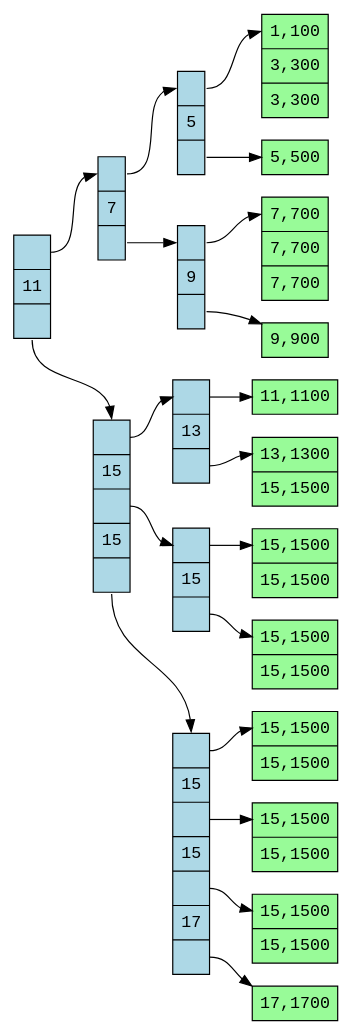
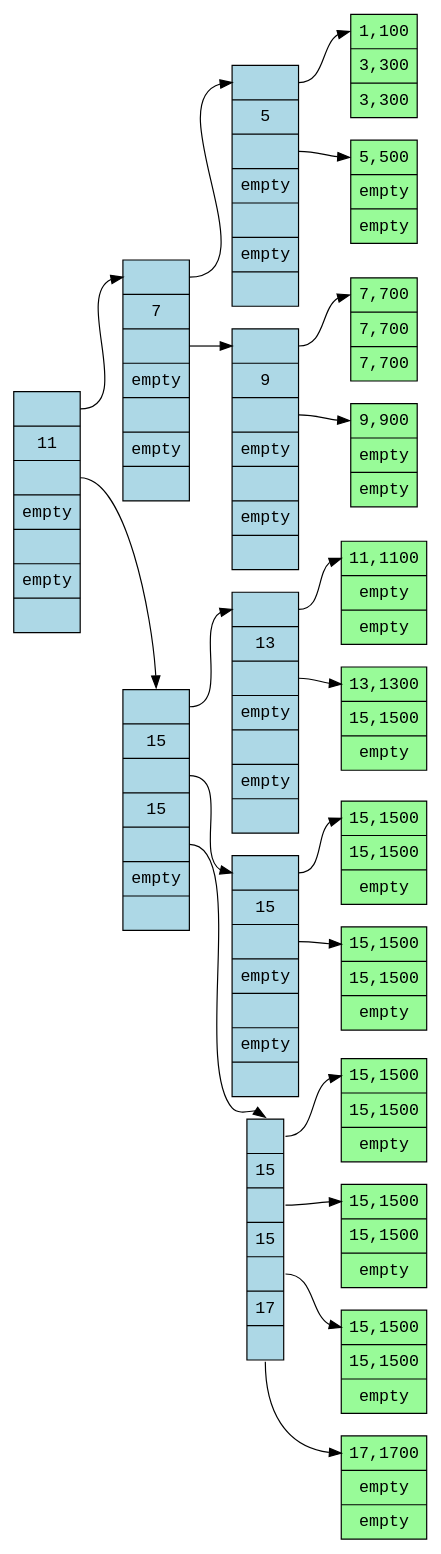
The diagram in libs/btree/doc/bounds_test_multimap.dot (Beman/btree), drawn with Graphviz before and after one commit. The commit also changed 1 other file, not shown here.

```diff
--- a/libs/btree/doc/bounds_test_multimap.dot
+++ b/libs/btree/doc/bounds_test_multimap.dot
@@ -1,44 +1,44 @@
 digraph btree {
 rankdir=LR;
 fontname=Courier;
 node [shape = record,margin=.1,width=.1,height=.1,fontname=Courier,style="filled"];
 page1[label = "<f0> 1,100|3,300|3,300",fillcolor="palegreen"];
-page2[label = "<f0>|5|<f1>",fillcolor="lightblue"];
+page2[label = "<f0>|5|<f1>|empty||empty|",fillcolor="lightblue"];
 "page2":f0 -> "page1":f0;
 "page2":f1 -> "page5":f0;
 page3[label = "<f0> 7,700|7,700|7,700",fillcolor="palegreen"];
-page4[label = "<f0> 13,1300|15,1500",fillcolor="palegreen"];
-page5[label = "<f0> 5,500",fillcolor="palegreen"];
-page6[label = "<f0> 11,1100",fillcolor="palegreen"];
-page7[label = "<f0>|7|<f1>",fillcolor="lightblue"];
+page4[label = "<f0> 13,1300|15,1500|empty",fillcolor="palegreen"];
+page5[label = "<f0> 5,500|empty|empty",fillcolor="palegreen"];
+page6[label = "<f0> 11,1100|empty|empty",fillcolor="palegreen"];
+page7[label = "<f0>|7|<f1>|empty||empty|",fillcolor="lightblue"];
 "page7":f0 -> "page2":f0;
 "page7":f1 -> "page8":f0;
-page8[label = "<f0>|9|<f1>",fillcolor="lightblue"];
+page8[label = "<f0>|9|<f1>|empty||empty|",fillcolor="lightblue"];
 "page8":f0 -> "page3":f0;
 "page8":f1 -> "page9":f0;
-page9[label = "<f0> 9,900",fillcolor="palegreen"];
-page10[label = "<f0> 17,1700",fillcolor="palegreen"];
-page11[label = "<f0>|13|<f1>",fillcolor="lightblue"];
+page9[label = "<f0> 9,900|empty|empty",fillcolor="palegreen"];
+page10[label = "<f0> 17,1700|empty|empty",fillcolor="palegreen"];
+page11[label = "<f0>|13|<f1>|empty||empty|",fillcolor="lightblue"];
 "page11":f0 -> "page6":f0;
 "page11":f1 -> "page4":f0;
-page12[label = "<f0> 15,1500|15,1500",fillcolor="palegreen"];
-page13[label = "<f0> 15,1500|15,1500",fillcolor="palegreen"];
-page14[label = "<f0>|15|<f1>",fillcolor="lightblue"];
+page12[label = "<f0> 15,1500|15,1500|empty",fillcolor="palegreen"];
+page13[label = "<f0> 15,1500|15,1500|empty",fillcolor="palegreen"];
+page14[label = "<f0>|15|<f1>|empty||empty|",fillcolor="lightblue"];
 "page14":f0 -> "page12":f0;
 "page14":f1 -> "page13":f0;
-page15[label = "<f0> 15,1500|15,1500",fillcolor="palegreen"];
-page16[label = "<f0> 15,1500|15,1500",fillcolor="palegreen"];
+page15[label = "<f0> 15,1500|15,1500|empty",fillcolor="palegreen"];
+page16[label = "<f0> 15,1500|15,1500|empty",fillcolor="palegreen"];
 page17[label = "<f0>|15|<f1>|15|<f2>|17|<f3>",fillcolor="lightblue"];
 "page17":f0 -> "page15":f0;
 "page17":f1 -> "page16":f0;
 "page17":f2 -> "page20":f0;
 "page17":f3 -> "page10":f0;
-page18[label = "<f0>|11|<f1>",fillcolor="lightblue"];
+page18[label = "<f0>|11|<f1>|empty||empty|",fillcolor="lightblue"];
 "page18":f0 -> "page7":f0;
 "page18":f1 -> "page19":f0;
-page19[label = "<f0>|15|<f1>|15|<f2>",fillcolor="lightblue"];
+page19[label = "<f0>|15|<f1>|15|<f2>|empty|",fillcolor="lightblue"];
 "page19":f0 -> "page11":f0;
 "page19":f1 -> "page14":f0;
 "page19":f2 -> "page17":f0;
-page20[label = "<f0> 15,1500|15,1500",fillcolor="palegreen"];
+page20[label = "<f0> 15,1500|15,1500|empty",fillcolor="palegreen"];
 }
```
